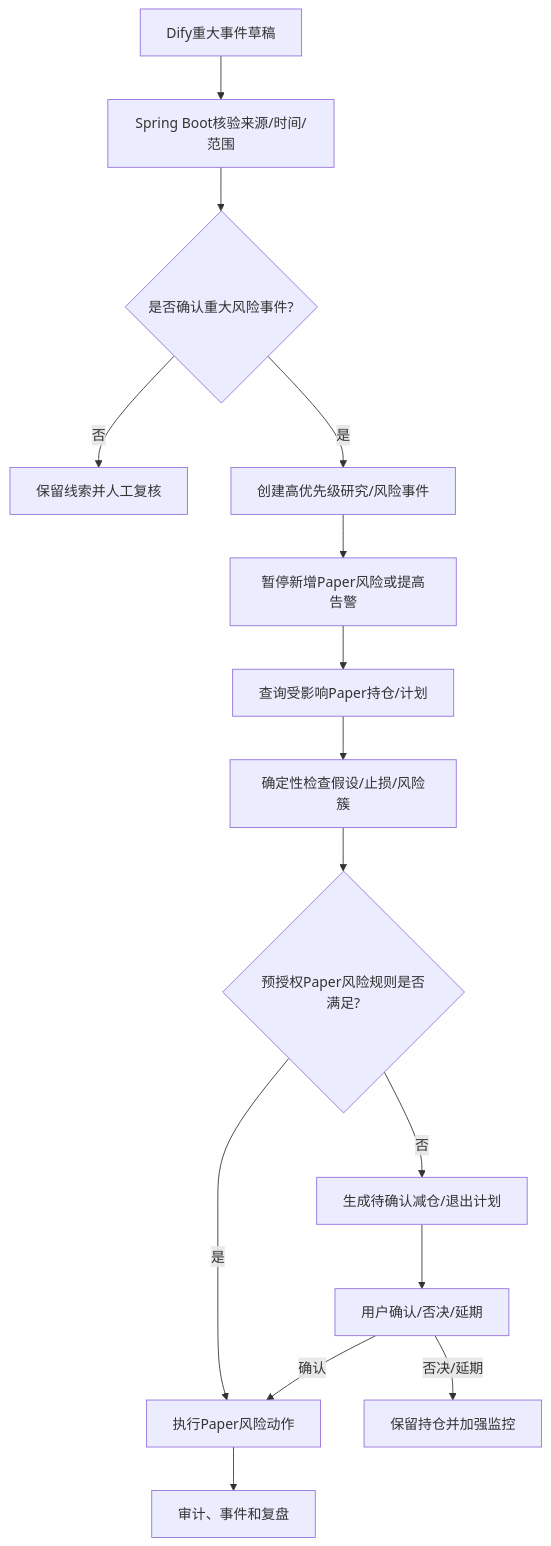
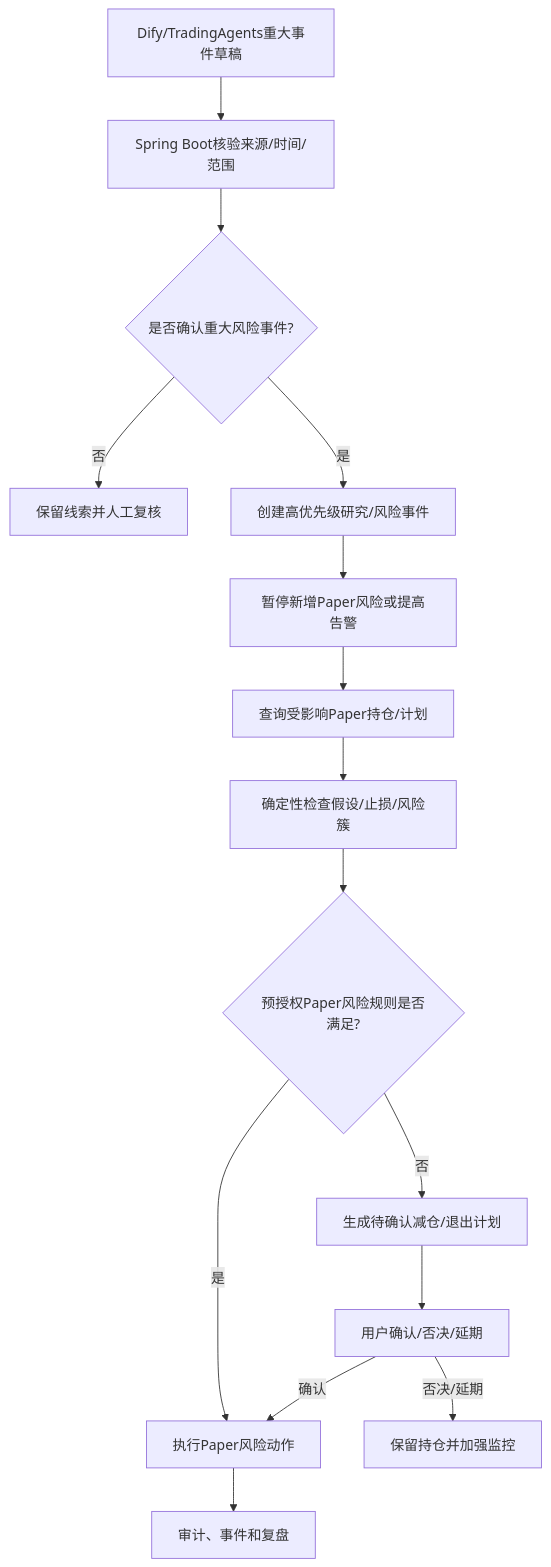
Diagram 11 of 13 in doc/详设文档/详设_0_整体流程文档.md (shaoqf2350/quant), drawn with Mermaid before and after one commit. The commit also changed other lines of this file and 100 other files, not shown here.

````diff
--- a/doc/详设文档/详设_0_整体流程文档.md
+++ b/doc/详设文档/详设_0_整体流程文档.md
@@ -745,17 +1037,17 @@
 ```mermaid
 flowchart TD
- A[Dify重大事件草稿]-->B[Spring Boot核验来源/时间/范围]
+ A[Dify/TradingAgents重大事件草稿]-->B[Spring Boot核验来源/时间/范围]
  B-->C{是否确认重大风险事件?}
  C-->|否|D[保留线索并人工复核]
  C-->|是|E[创建高优先级研究/风险事件]
  E-->F[暂停新增Paper风险或提高告警]
  F-->G[查询受影响Paper持仓/计划]
  G-->H[确定性检查假设/止损/风险簇]
  H-->I{预授权Paper风险规则是否满足?}
  I-->|否|J[生成待确认减仓/退出计划]
  I-->|是|K[执行Paper风险动作]
  J-->L[用户确认/否决/延期]
  L-->|确认|K
  L-->|否决/延期|M[保留持仓并加强监控]
  K-->N[审计、事件和复盘]
 ```
````
